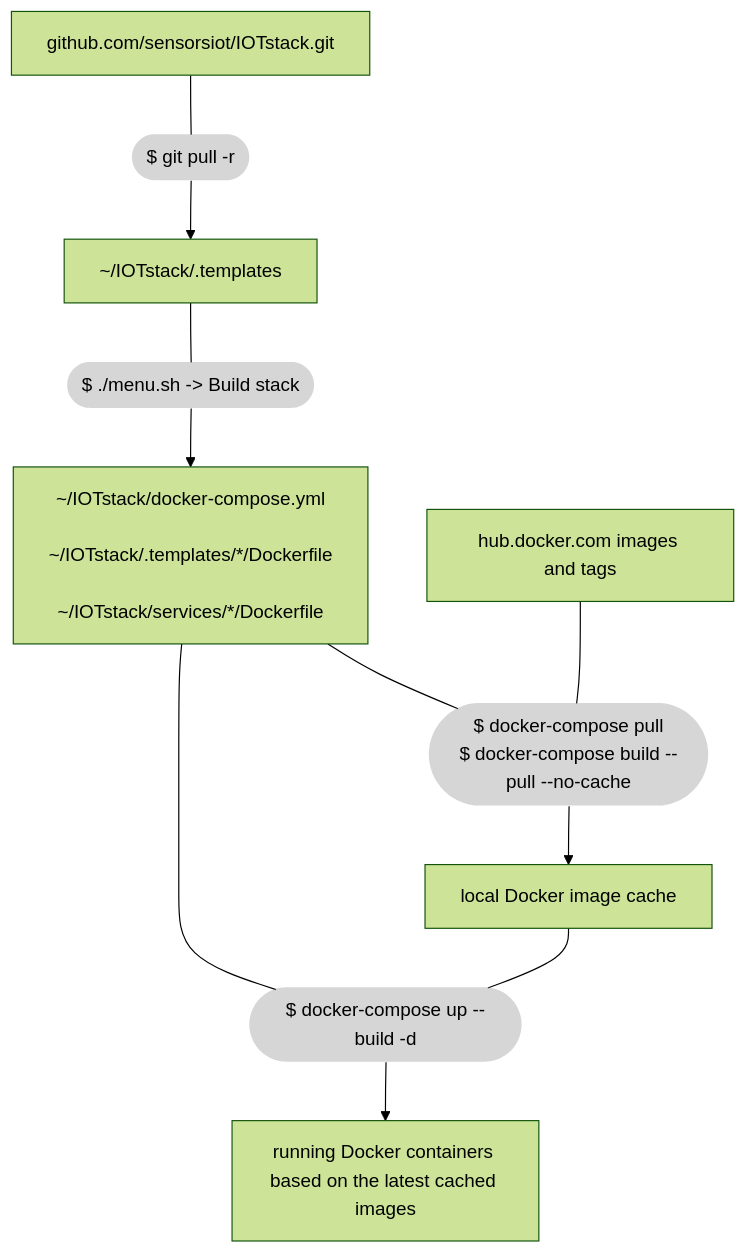
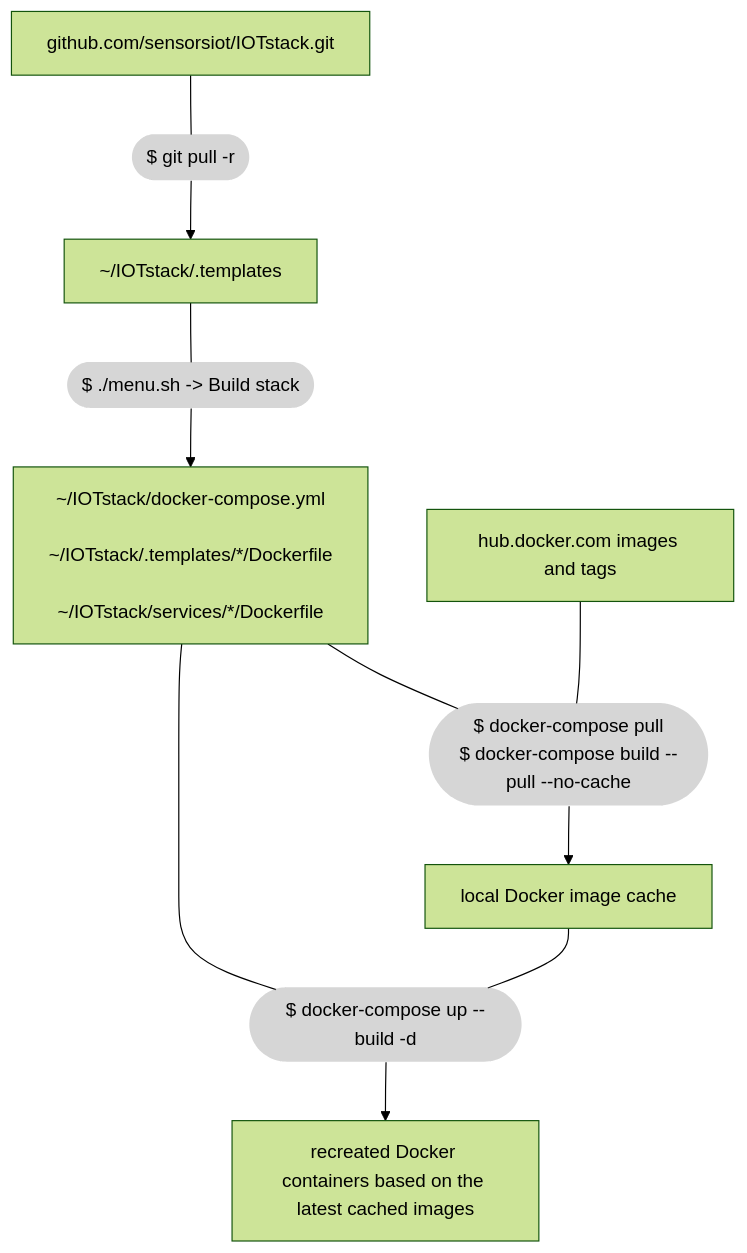
The diagram in docs/Updates/index.md (gcgarner/IOTstack), drawn with Mermaid (forest theme) before and after one commit. The commit also changed other lines of this file, not shown here.

````diff
--- a/docs/Updates/index.md
+++ b/docs/Updates/index.md
@@ -7,22 +10,22 @@
 ``` mermaid
 flowchart TD
   GIT[github.com/sensorsiot/IOTstack.git]
   GIT       --- GITPULL([$ git pull -r])
   GITPULL   --> TEMPLATES["~/IOTstack/.templates"]
   TEMPLATES --- MENU([$ ./menu.sh -> Build stack])
   MENU      --> COMPOSE["~/IOTstack/docker-compose.yml
                          ~/IOTstack/.templates/*/Dockerfile
                          ~/IOTstack/services/*/Dockerfile"]
   COMPOSE   --- UP(["$ docker-compose up --build -d"])
 
   HUB[hub.docker.com images and tags]
   HUB       --- PULL([$ docker-compose pull\n$ docker-compose build --pull --no-cache])
   COMPOSE   --- PULL
   PULL      --> CACHE[local Docker image cache]
   CACHE     --- UP
 
-  UP        --> CONTAINER[running Docker containers based on the latest cached images]
+  UP        --> CONTAINER[recreated Docker containers based on the latest cached images]
 
   classDef command fill:#9996,stroke-width:0px
   class GITPULL,MENU,UP,PULL command
 ```
````
